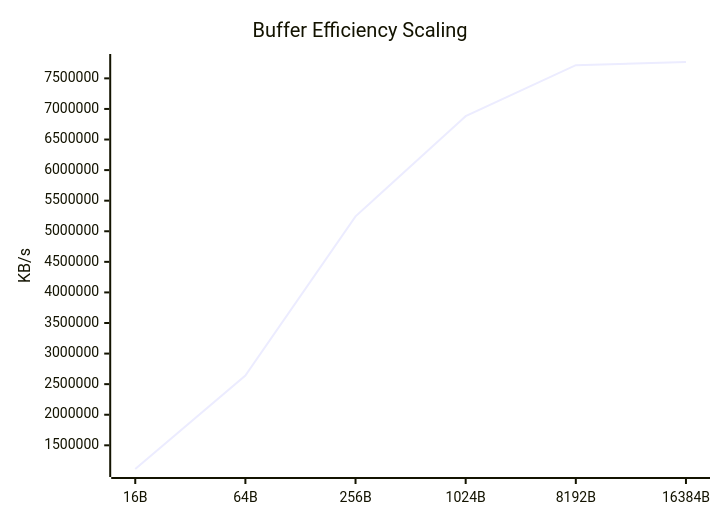
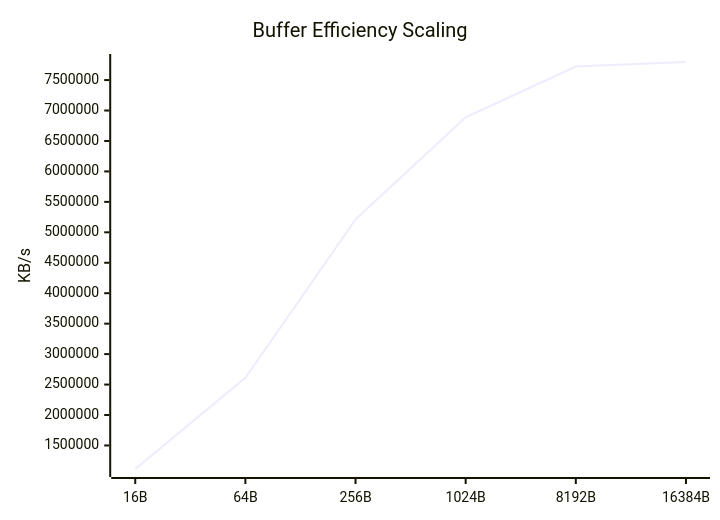
One commit to taha2samy/openssl_fips changed the eighth of 9 diagrams in docs/Comparison_Report.md. Above: the diagram before and after it, drawn with Mermaid. The commit also changed other lines of this file and 2 other files, not shown here.

````diff
--- a/docs/Comparison_Report.md
+++ b/docs/Comparison_Report.md
@@ -118,7 +118,7 @@
 ```mermaid
 xychart-beta
     title "Buffer Efficiency Scaling"
     x-axis [16B, 64B, 256B, 1024B, 8192B, 16384B]
     y-axis "KB/s"
-    line [1112731.28, 2641477.72, 5244113.2, 6881319.42, 7715786.75, 7767565.93]
+    line [1113411.07, 2609570.01, 5213411.51, 6887487.49, 7723210.34, 7796732.72]
 ```
````
